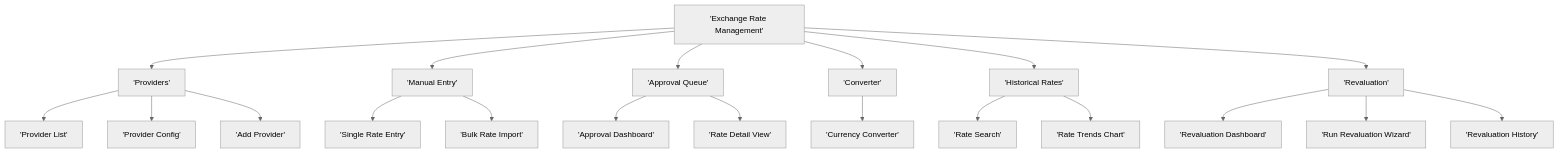
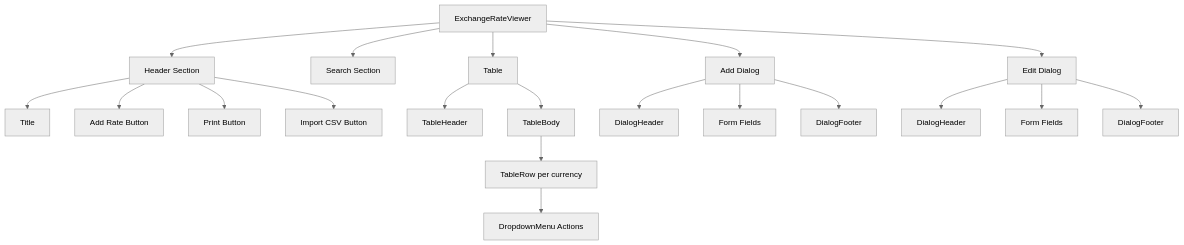
The second of 3 diagrams in docs/app/finance/exchange-rate-management/TS-exchange-rate-management.md (PeakMNA/carmen), drawn with Mermaid (neutral theme) before and after one commit. The commit also changed other lines of this file and 473 other files, not shown here.

````diff
--- a/docs/app/finance/exchange-rate-management/TS-exchange-rate-management.md
+++ b/docs/app/finance/exchange-rate-management/TS-exchange-rate-management.md
@@ -332,28 +112,26 @@
 ```mermaid
 graph TD
-    A['Exchange Rate Management'] --> B['Providers']
-    A --> C['Manual Entry']
-    A --> D['Approval Queue']
-    A --> E['Converter']
-    A --> F['Historical Rates']
-    A --> G['Revaluation']
+    A[ExchangeRateViewer] --> B[Header Section]
+    A --> C[Search Section]
+    A --> D[Table]
+    A --> E[Add Dialog]
+    A --> F[Edit Dialog]
 
-    B --> B1['Provider List']
-    B --> B2['Provider Config']
-    B --> B3['Add Provider']
+    B --> B1[Title]
+    B --> B2[Add Rate Button]
+    B --> B3[Print Button]
+    B --> B4[Import CSV Button]
 
-    C --> C1['Single Rate Entry']
-    C --> C2['Bulk Rate Import']
+    D --> D1[TableHeader]
+    D --> D2[TableBody]
+    D2 --> D3[TableRow per currency]
+    D3 --> D4[DropdownMenu Actions]
 
-    D --> D1['Approval Dashboard']
-    D --> D2['Rate Detail View']
+    E --> E1[DialogHeader]
+    E --> E2[Form Fields]
+    E --> E3[DialogFooter]
 
-    E --> E1['Currency Converter']
-
-    F --> F1['Rate Search']
-    F --> F2['Rate Trends Chart']
-
-    G --> G1['Revaluation Dashboard']
-    G --> G2['Run Revaluation Wizard']
-    G --> G3['Revaluation History']
+    F --> F1[DialogHeader]
+    F --> F2[Form Fields]
+    F --> F3[DialogFooter]
 ```
````
